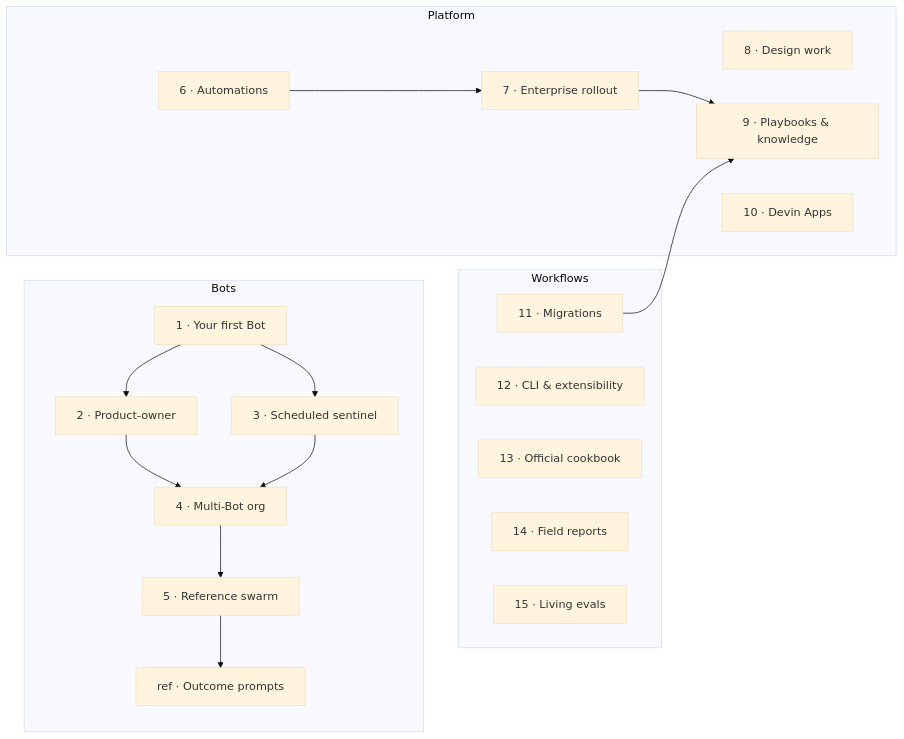
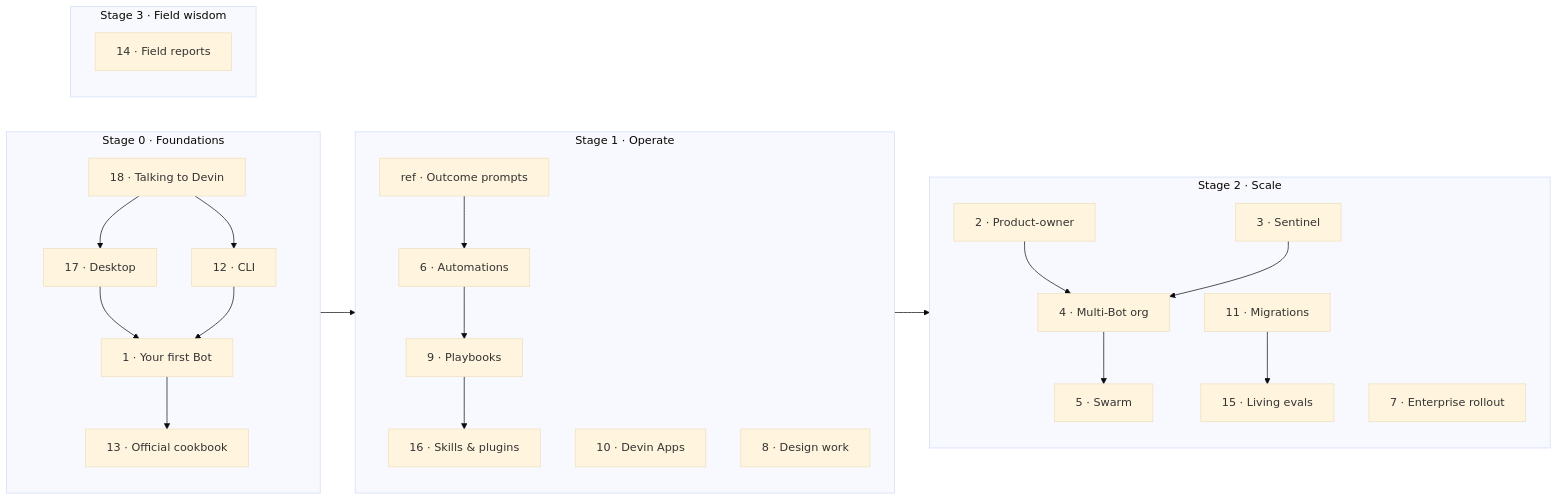
The diagram in README.md (Till3005/build-with-devin), drawn with Mermaid (base theme) before and after one commit. The commit also changed other lines of this file and 11 other files, not shown here.

Commit message:
Restructure into 4-stage curriculum + Guide 18 Talking to Devin (4 langs) + bots-101 bounded-assignment/access/usage sections

````diff
--- a/README.md
+++ b/README.md
@@ -34,26 +35,28 @@
 ```mermaid
 flowchart LR
-    subgraph Bots
-      G1["1 · Your first Bot"] --> G2["2 · Product-owner"]
-      G1 --> G3["3 · Scheduled sentinel"]
-      G2 --> G4["4 · Multi-Bot org"]
-      G3 --> G4
-      G4 --> G5["5 · Reference swarm"]
-      G5 --> GP["ref · Outcome prompts"]
+    subgraph S0["Stage 0 · Foundations"]
+      G18["18 · Talking to Devin"] --> G17["17 · Desktop"]
+      G18 --> G12["12 · CLI"]
+      G17 --> G1["1 · Your first Bot"]
+      G12 --> G1
+      G1 --> G13["13 · Official cookbook"]
     end
-    subgraph Platform
-      G6["6 · Automations"] --> G7["7 · Enterprise rollout"]
+    subgraph S1["Stage 1 · Operate"]
+      GP["ref · Outcome prompts"] --> G6["6 · Automations"]
+      G6 --> G9["9 · Playbooks"]
+      G9 --> G16["16 · Skills & plugins"]
+      G10["10 · Devin Apps"]
       G8["8 · Design work"]
-      G9["9 · Playbooks & knowledge"]
-      G10["10 · Devin Apps"]
     end
-    subgraph Workflows
-      G11["11 · Migrations"]
-      G12["12 · CLI & extensibility"]
-      G13["13 · Official cookbook"]
+    subgraph S2["Stage 2 · Scale"]
+      G2["2 · Product-owner"] --> G4["4 · Multi-Bot org"]
+      G3["3 · Sentinel"] --> G4
+      G4 --> G5["5 · Swarm"]
+      G11["11 · Migrations"] --> G15["15 · Living evals"]
+      G7["7 · Enterprise rollout"]
+    end
+    subgraph S3["Stage 3 · Field wisdom"]
       G14["14 · Field reports"]
-      G15["15 · Living evals"]
     end
-    G7 --> G9
-    G11 --> G9
+    S0 --> S1 --> S2
 ```
````
